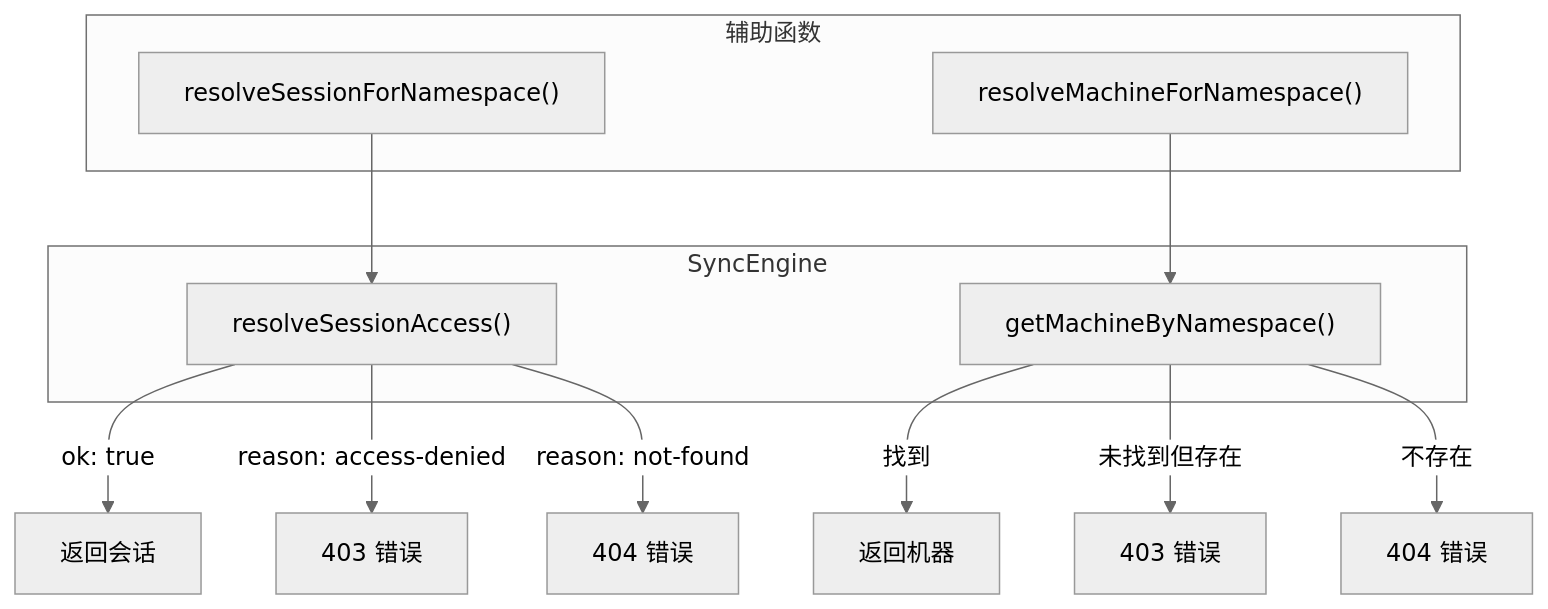
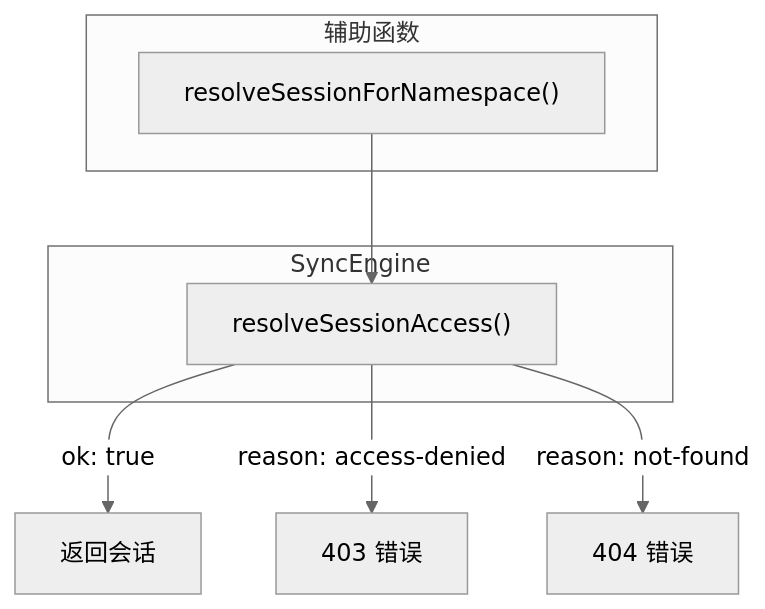
Before and after one commit to ModuBit/mobi: the second of 3 diagrams in docs/architecture/daemon/web/cli/cli.md, drawn with Mermaid (neutral theme). The commit also changed other lines of this file and 86 other files, not shown here.

````diff
--- a/docs/architecture/daemon/web/cli/cli.md
+++ b/docs/architecture/daemon/web/cli/cli.md
@@ -188,23 +141,16 @@
 ```mermaid
 flowchart TB
     subgraph 辅助函数
         resolveSession["resolveSessionForNamespace()"]
-        resolveMachine["resolveMachineForNamespace()"]
     end
 
     subgraph SyncEngine
         getAccess["resolveSessionAccess()"]
-        getByNs["getMachineByNamespace()"]
     end
 
     resolveSession --> getAccess
-    resolveMachine --> getByNs
 
     getAccess -->|"ok: true"| returnSession[返回会话]
     getAccess -->|"reason: access-denied"| err403[403 错误]
     getAccess -->|"reason: not-found"| err404[404 错误]
-
-    getByNs -->|找到| returnMachine[返回机器]
-    getByNs -->|未找到但存在| err403m[403 错误]
-    getByNs -->|不存在| err404m[404 错误]
 ```
````
